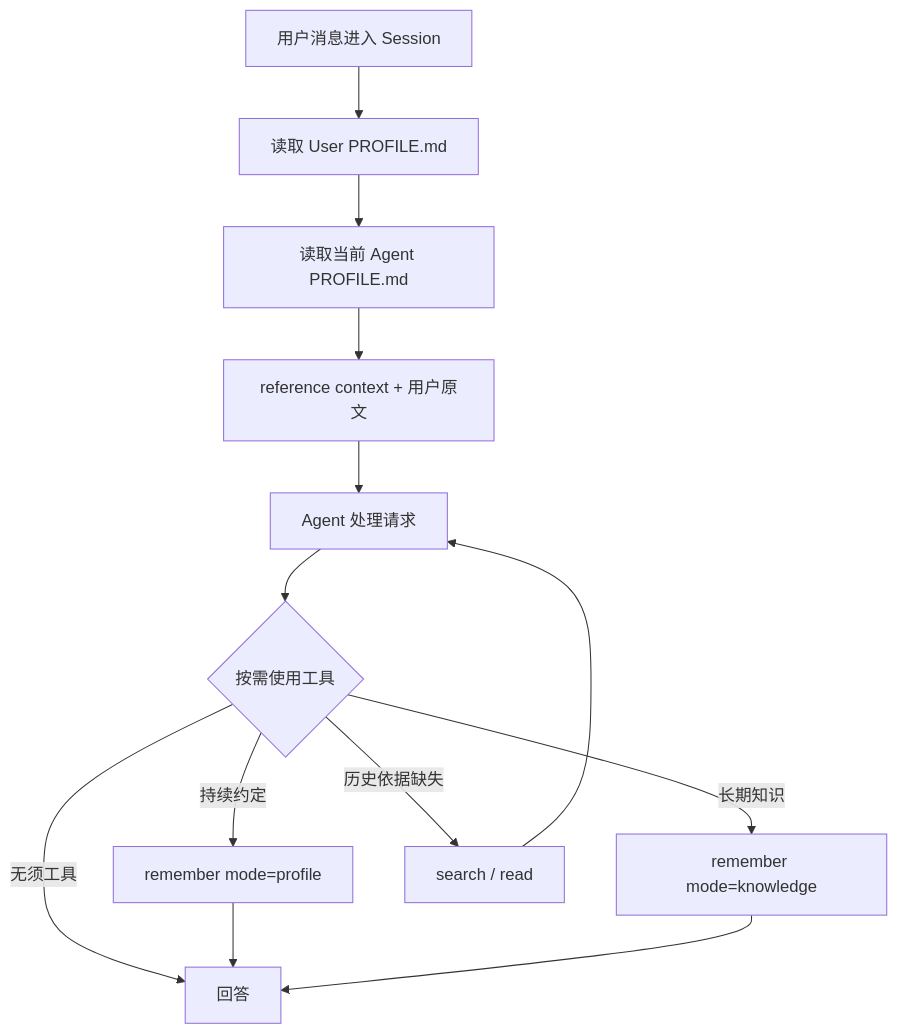
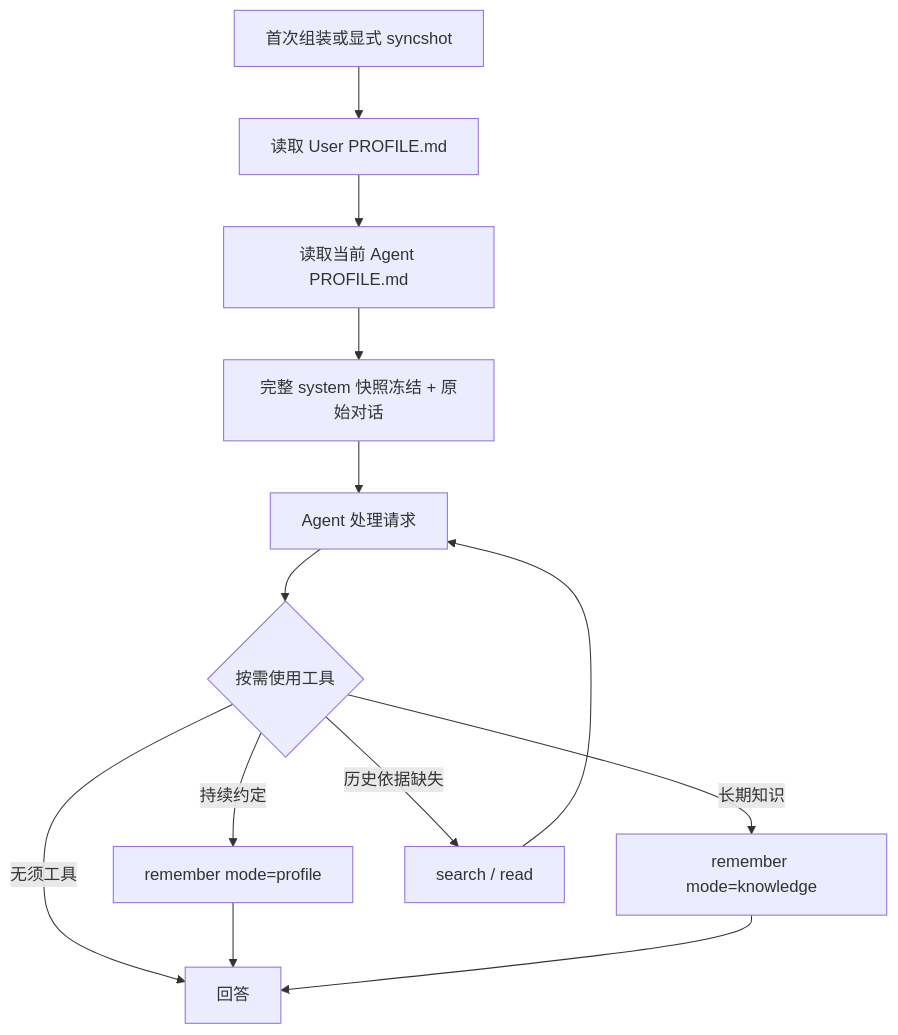
One commit to genesiscosmos/downcity changed the second of 3 diagrams in docs/memory-current-design.md. Above: the diagram before and after it, drawn with Mermaid. The commit also changed other lines of this file and 9 other files, not shown here.

Commit message:
feat(memory): freeze profiles with session system snapshots

````diff
--- a/docs/memory-current-design.md
+++ b/docs/memory-current-design.md
@@ -29,15 +29,15 @@
 ```mermaid
 flowchart TD
-    M[用户消息进入 Session] --> UP[读取 User PROFILE.md]
+    M[首次组装或显式 syncshot] --> UP[读取 User PROFILE.md]
     UP --> AP[读取当前 Agent PROFILE.md]
-    AP --> C[reference context + 用户原文]
+    AP --> C[完整 system 快照冻结 + 原始对话]
     C --> A[Agent 处理请求]
     A --> T{按需使用工具}
     T -->|持续约定| P[remember mode=profile]
     T -->|长期知识| K[remember mode=knowledge]
     T -->|历史依据缺失| R[search / read]
     T -->|无须工具| O[回答]
     P --> O
     K --> O
     R --> A
 ```
````
